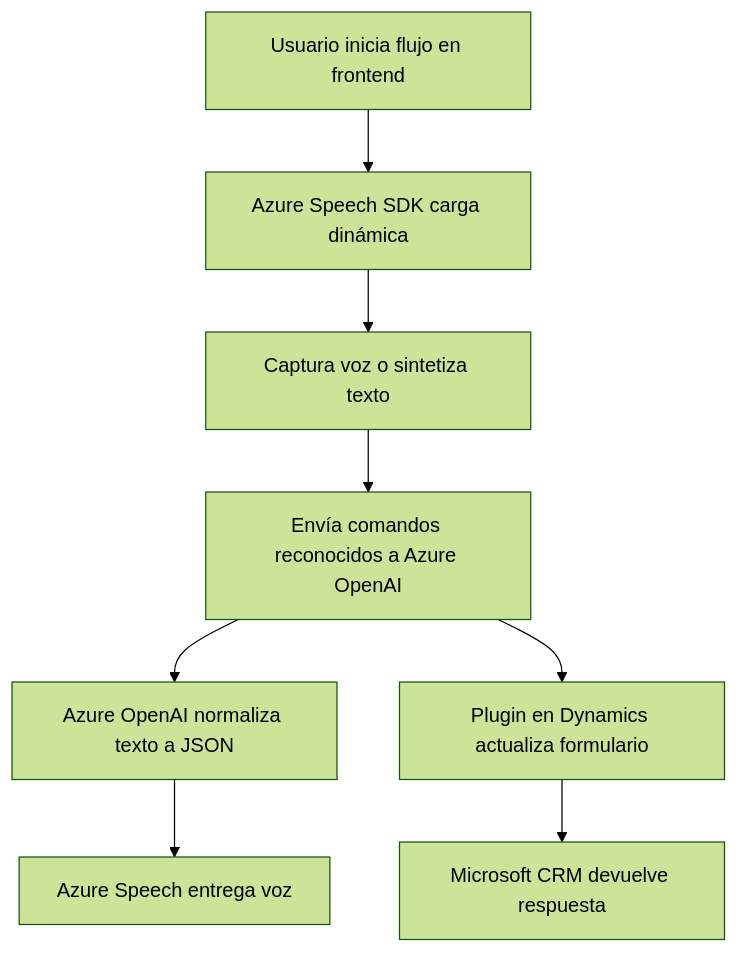
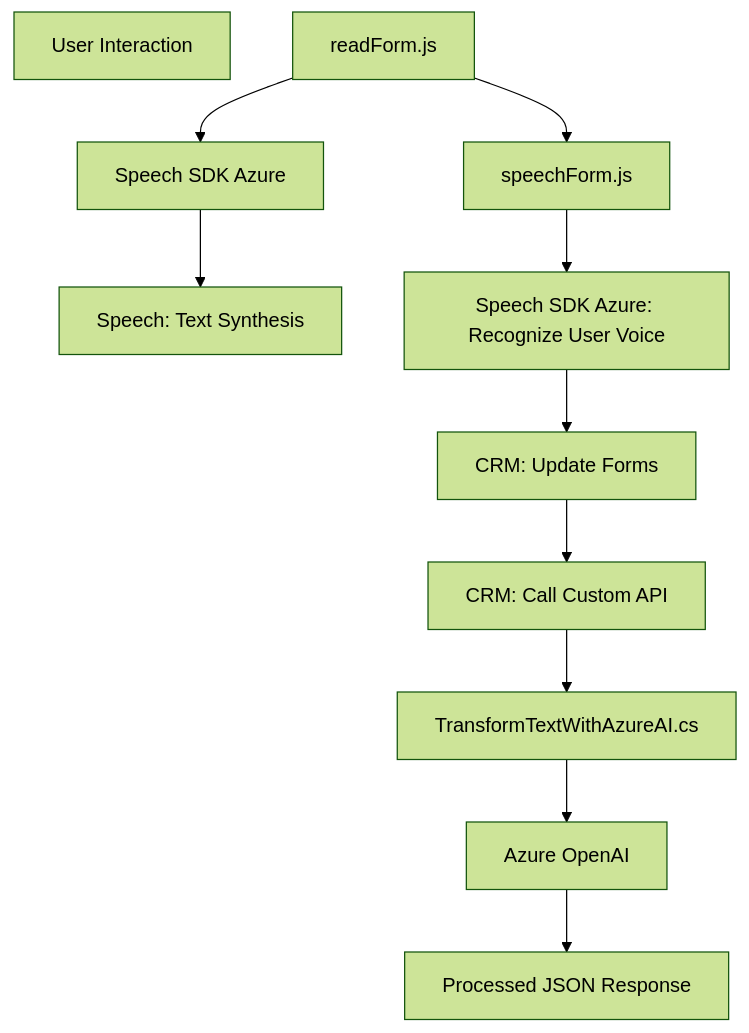
The diagram in README.md (blopezdm/NETCORE_BILBAO2025), drawn with Mermaid (forest theme) before and after one commit. The commit also changed other lines of this file, not shown here.

````diff
--- a/README.md
+++ b/README.md
@@ -43,19 +59,13 @@
 ```mermaid
 graph TD
-    A["Usuario inicia flujo en frontend"]
-    B["Azure Speech SDK carga dinámica"]
-    C["Captura voz o sintetiza texto"]
-    D["Envía comandos reconocidos a Azure OpenAI"]
-    E["Azure OpenAI normaliza texto a JSON"]
-    F["Azure Speech entrega voz"]
-    G["Plugin en Dynamics actualiza formulario"]
-    H["Microsoft CRM devuelve respuesta"]
-
-    A --> B
-    B --> C
-    C --> D
-    D --> E
-    E --> F
-    D --> G
-    G --> H
+    A["User Interaction"]
+    B["readForm.js"] --> C["Speech SDK Azure"]
+    C --> D["Speech: Text Synthesis"]
+    B --> E["speechForm.js"]
+    E --> F["Speech SDK Azure: Recognize User Voice"]
+    F --> G["CRM: Update Forms"]
+    G --> H["CRM: Call Custom API"]
+    H --> I["TransformTextWithAzureAI.cs"]
+    I --> J["Azure OpenAI"]
+    J --> K["Processed JSON Response"]
 ```
````
